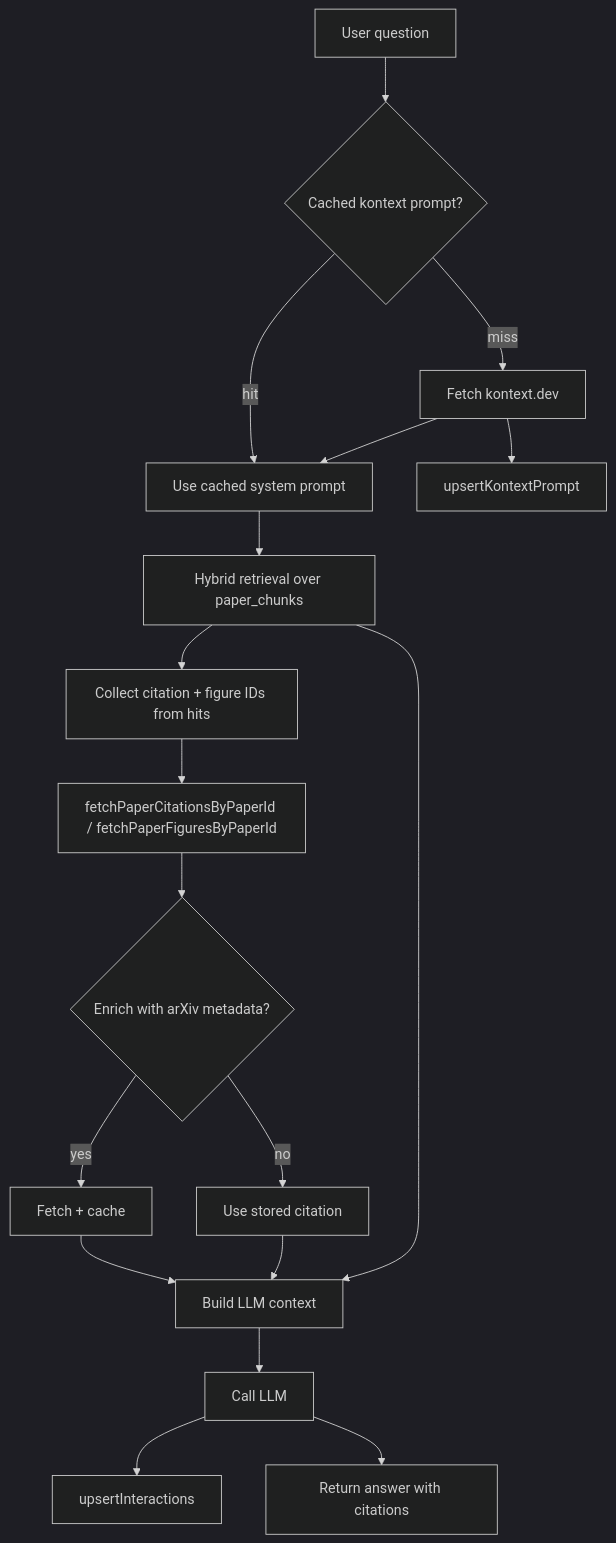
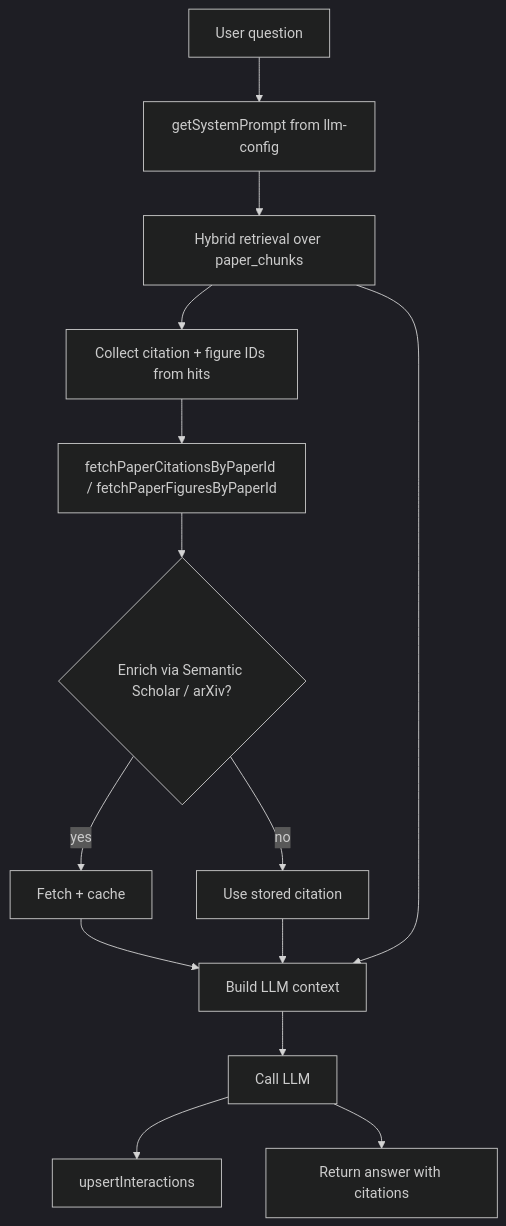
One commit to berdyh/readable changed the third of 3 diagrams in docs/database-structure.md. Above: the diagram before and after it, drawn with Mermaid (dark theme). The commit also changed other lines of this file and 5 other files, not shown here.

````diff
--- a/docs/database-structure.md
+++ b/docs/database-structure.md
@@ -248,22 +286,18 @@
 ```mermaid
 flowchart TD
-    A[User question] --> B{Cached kontext prompt?}
-    B -->|hit| C[Use cached system prompt]
-    B -->|miss| D[Fetch kontext.dev]
-    D --> E[upsertKontextPrompt]
-    D --> C
+    A[User question] --> C[getSystemPrompt from llm-config]
 
     C --> F[Hybrid retrieval over paper_chunks]
     F --> G[Collect citation + figure IDs from hits]
     G --> H[fetchPaperCitationsByPaperId / fetchPaperFiguresByPaperId]
-    H --> I{Enrich with arXiv metadata?}
+    H --> I{Enrich via Semantic Scholar / arXiv?}
     I -->|yes| J[Fetch + cache]
     I -->|no| K[Use stored citation]
     J --> L[Build LLM context]
     K --> L
     F --> L
 
     L --> M[Call LLM]
     M --> N[upsertInteractions]
     M --> O[Return answer with citations]
 ```
````
